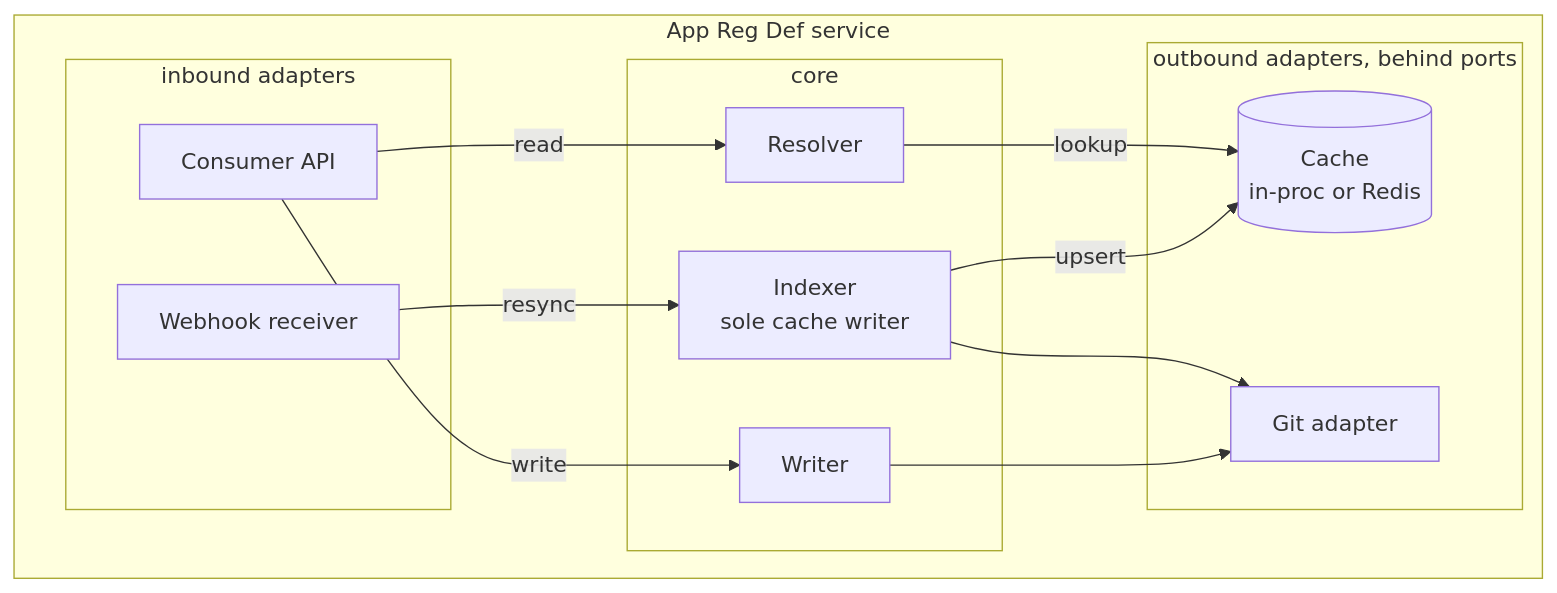
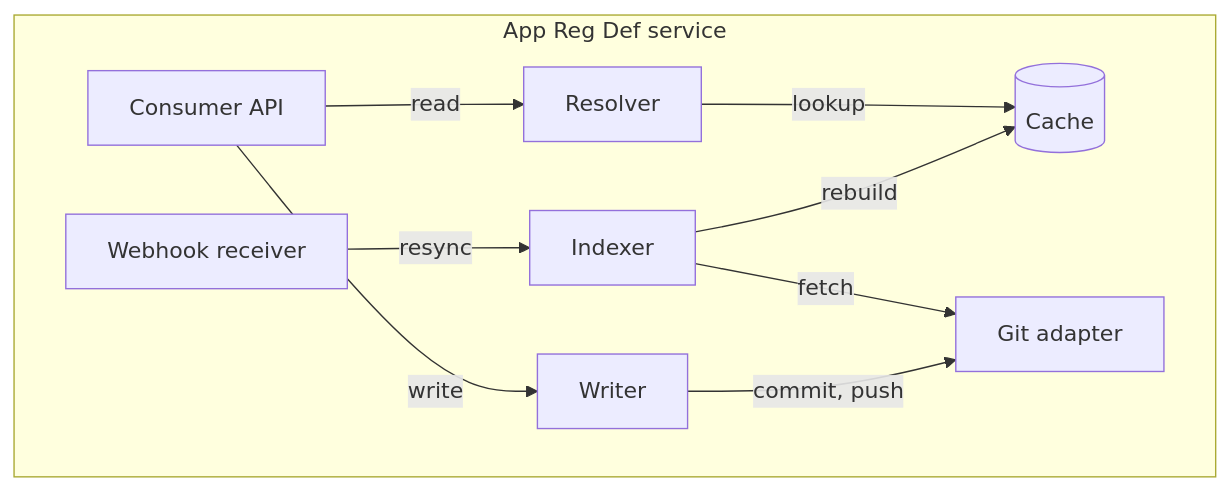
The second of 5 diagrams in docs/analysis/app-reg-def-service/design/architecture.md (Netcracker/qubership-envgene), drawn with Mermaid before and after one commit. The commit also changed other lines of this file, not shown here.

Commit message:
docs: flatten the component diagram, move port marks to the table
Drop the inbound/core/outbound subgraphs and keep the role grouping in the prose with the module names. Label the git edges (fetch, commit and push) and rename the cache edge upsert to rebuild to match the full-resync model. Move the port marking off the diagram into the table, where the Cache and the Git adapter rows name their port and the Cache lists its in-proc or Redis implementations.

````diff
--- a/docs/analysis/app-reg-def-service/design/architecture.md
+++ b/docs/analysis/app-reg-def-service/design/architecture.md
@@ -38,25 +38,19 @@
 ```mermaid
 flowchart TB
   subgraph svc["App Reg Def service"]
-    subgraph inb["inbound adapters"]
-      api["Consumer API"]
-      wh["Webhook receiver"]
-    end
-    subgraph cor["core"]
-      resolver["Resolver"]
-      writer["Writer"]
-      indexer["Indexer<br/>sole cache writer"]
-    end
-    subgraph outb["outbound adapters, behind ports"]
-      cache[("Cache<br/>in-proc or Redis")]
-      gitad["Git adapter"]
-    end
+    api["Consumer API"]
+    wh["Webhook receiver"]
+    resolver["Resolver"]
+    writer["Writer"]
+    indexer["Indexer"]
+    cache[("Cache")]
+    gitad["Git adapter"]
   end
   api -->|read| resolver
   resolver -->|lookup| cache
   api -->|write| writer
   wh -->|resync| indexer
-  indexer -->|upsert| cache
-  indexer --> gitad
-  writer --> gitad
+  indexer -->|rebuild| cache
+  indexer -->|fetch| gitad
+  writer -->|commit, push| gitad
 ```
````
